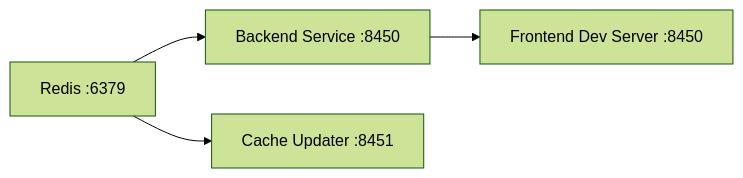
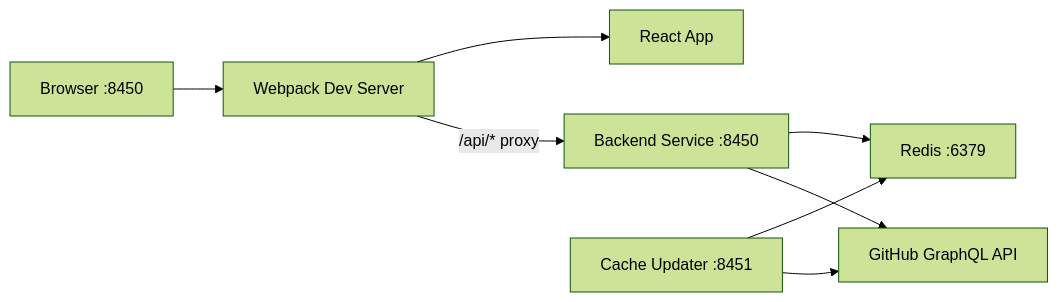
Before and after one commit to flamingo-stack/major-league-github: the diagram in docs/development/setup/local-development.md, drawn with Mermaid (forest theme). The commit also changed other lines of this file and 91 other files, not shown here.

````diff
--- a/docs/development/setup/local-development.md
+++ b/docs/development/setup/local-development.md
@@ -28,6 +229,10 @@
 ```mermaid
 flowchart LR
-    Redis["Redis :6379"] --> Backend["Backend Service :8450"]
-    Redis --> CacheUpdater["Cache Updater :8451"]
-    Backend --> Frontend["Frontend Dev Server :8450"]
+    Browser["Browser :8450"] --> Webpack["Webpack Dev Server"]
+    Webpack --> Frontend["React App"]
+    Webpack -->|"/api/* proxy"| Backend["Backend Service :8450"]
+    Backend --> Redis["Redis :6379"]
+    CacheUpdater["Cache Updater :8451"] --> Redis
+    CacheUpdater --> GitHub["GitHub GraphQL API"]
+    Backend --> GitHub
 ```
````
